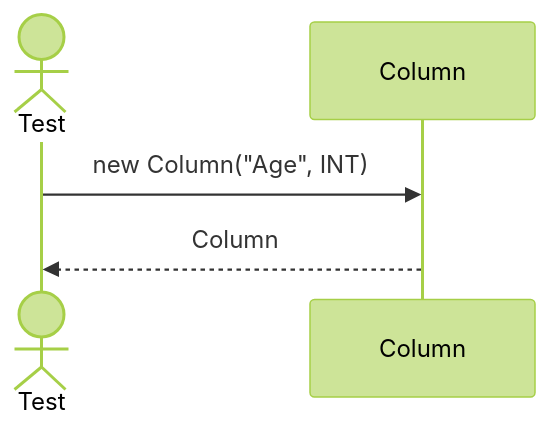
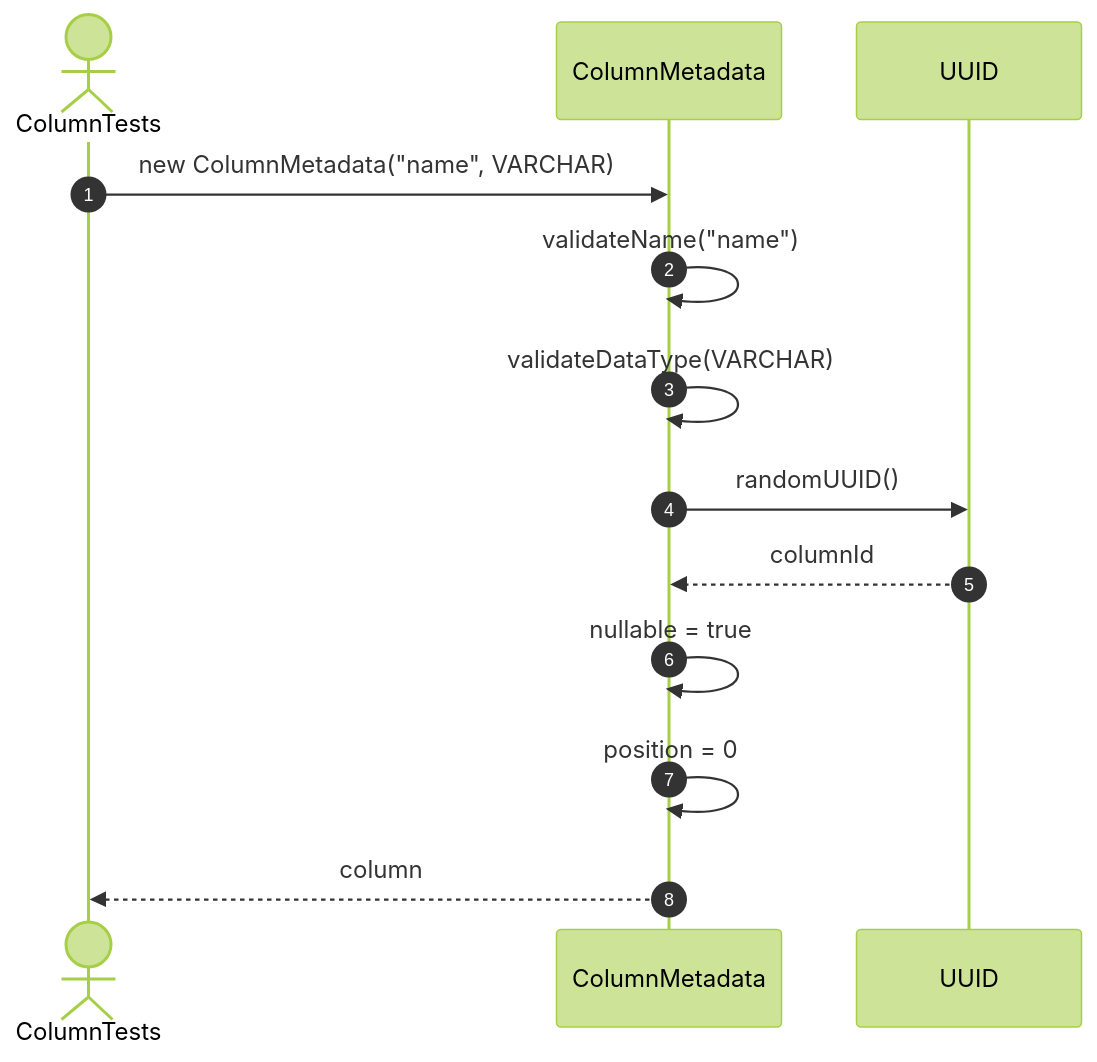
The first of 18 diagrams in src/tests/unit/metadata/sequences/columns-testing.se.md (FhuAnn/-bbv-AN-s-DBMS), drawn with Mermaid (forest theme) before and after one commit. The commit also changed other lines of this file and 60 other files, not shown here.

Commit message:
refactor data table, row, column, constraint, index test file

````diff
--- a/src/tests/unit/metadata/sequences/columns-testing.se.md
+++ b/src/tests/unit/metadata/sequences/columns-testing.se.md
@@ -7,9 +5,16 @@
 ```mermaid
 sequenceDiagram
-actor Test
-participant Column
+    autonumber
+    actor Test as ColumnTests
+    participant Column as ColumnMetadata
+    participant UUID as UUID
 
-Test->>Column: new Column("Age", INT)
-
-Column-->>Test: Column
+    Test->>Column: new ColumnMetadata("name", VARCHAR)
+    Column->>Column: validateName("name")
+    Column->>Column: validateDataType(VARCHAR)
+    Column->>UUID: randomUUID()
+    UUID-->>Column: columnId
+    Column->>Column: nullable = true
+    Column->>Column: position = 0
+    Column-->>Test: column
 ```
````
